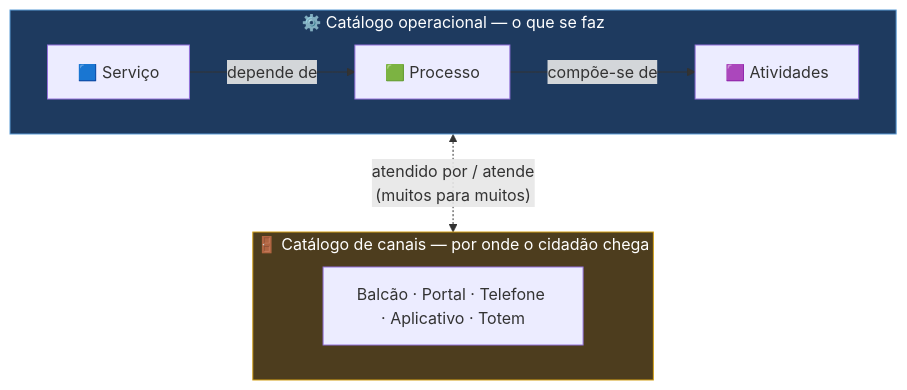
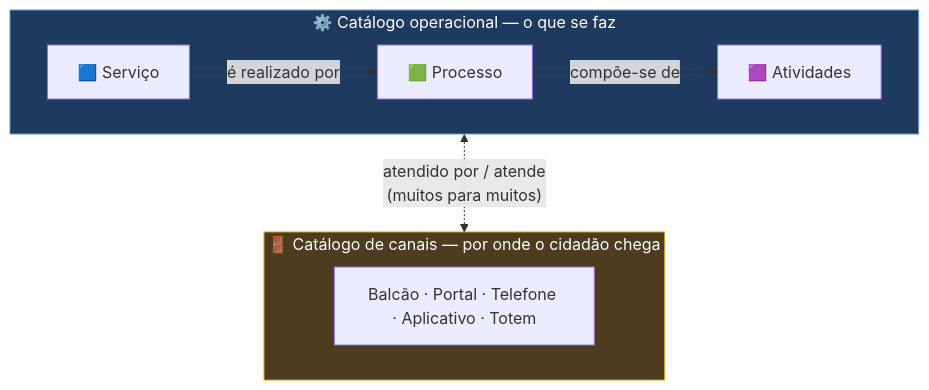
One commit to ailtonfv/governanca-lgpd-hortolandia changed the fourth of 11 diagrams in README.md. Above: the diagram before and after it, drawn with Mermaid. The commit also changed other lines of this file and 1 other file, not shown here.

Commit message:
README rev. 2: PoC nuclear e ampliada, precedencia, criterios por marco, proximos passos e pendencias

````diff
--- a/README.md
+++ b/README.md
@@ -90,13 +111,13 @@
 ```mermaid
 flowchart TB
     subgraph OPE["⚙️ Catálogo operacional — o que se faz"]
         direction LR
-        S["🟦 Serviço"] -- "depende de" --> P["🟩 Processo"] -- "compõe-se de" --> A["🟪 Atividades"]
+        S["🟦 Serviço"] -- "é realizado por" --> P["🟩 Processo"] -- "compõe-se de" --> A["🟪 Atividades"]
     end
     subgraph CNL["🚪 Catálogo de canais — por onde o cidadão chega"]
         C1["Balcão · Portal · Telefone · Aplicativo · Totem"]
     end
     OPE <-. "atendido por / atende<br/>(muitos para muitos)" .-> CNL
     style OPE fill:#1e3a5f,stroke:#5b9bd5,color:#fff
     style CNL fill:#4d3d1e,stroke:#d4a017,color:#fff
 ```
````
